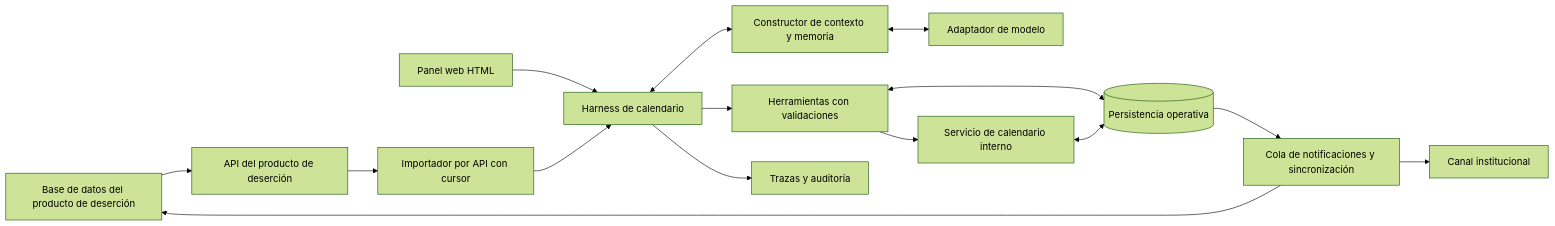
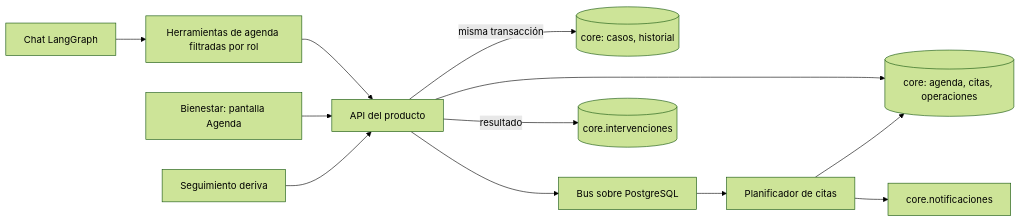
Before and after one commit to ANavas07/HARNESS_UTI: the first of 2 diagrams in docs/SPEC.md, drawn with Mermaid (forest theme). The commit also changed other lines of this file and 23 other files, not shown here.

````diff
--- a/docs/SPEC.md
+++ b/docs/SPEC.md
@@ -91,17 +118,14 @@
 ```mermaid
 flowchart LR
-  D[Base de datos del producto de deserción] --> I[API del producto de deserción]
-  U[Panel web HTML] --> H[Harness de calendario]
-  I --> E[Importador por API con cursor]
-  E --> H
-  H <--> C[Constructor de contexto y memoria]
-  C <--> M[Adaptador de modelo]
-  H --> T[Herramientas con validaciones]
-  T <--> B[(Persistencia operativa)]
-  T --> A[Servicio de calendario interno]
-  A <--> B
-  B --> O[Cola de notificaciones y sincronización]
-  O --> N[Canal institucional]
-  O --> D
-  H --> R[Trazas y auditoría]
+  S[Seguimiento deriva] --> API[API del producto]
+  API -->|misma transacción| E[(core: casos, historial)]
+  API --> BUS[Bus sobre PostgreSQL]
+  BUS --> PL[Planificador de citas]
+  PL --> AG[(core: agenda, citas, operaciones)]
+  PL --> N[core.notificaciones]
+  B[Bienestar: pantalla Agenda] --> API
+  API --> AG
+  API -->|resultado| I[(core.intervenciones)]
+  CH[Chat LangGraph] --> T[Herramientas de agenda filtradas por rol]
+  T --> API
 ```
````
